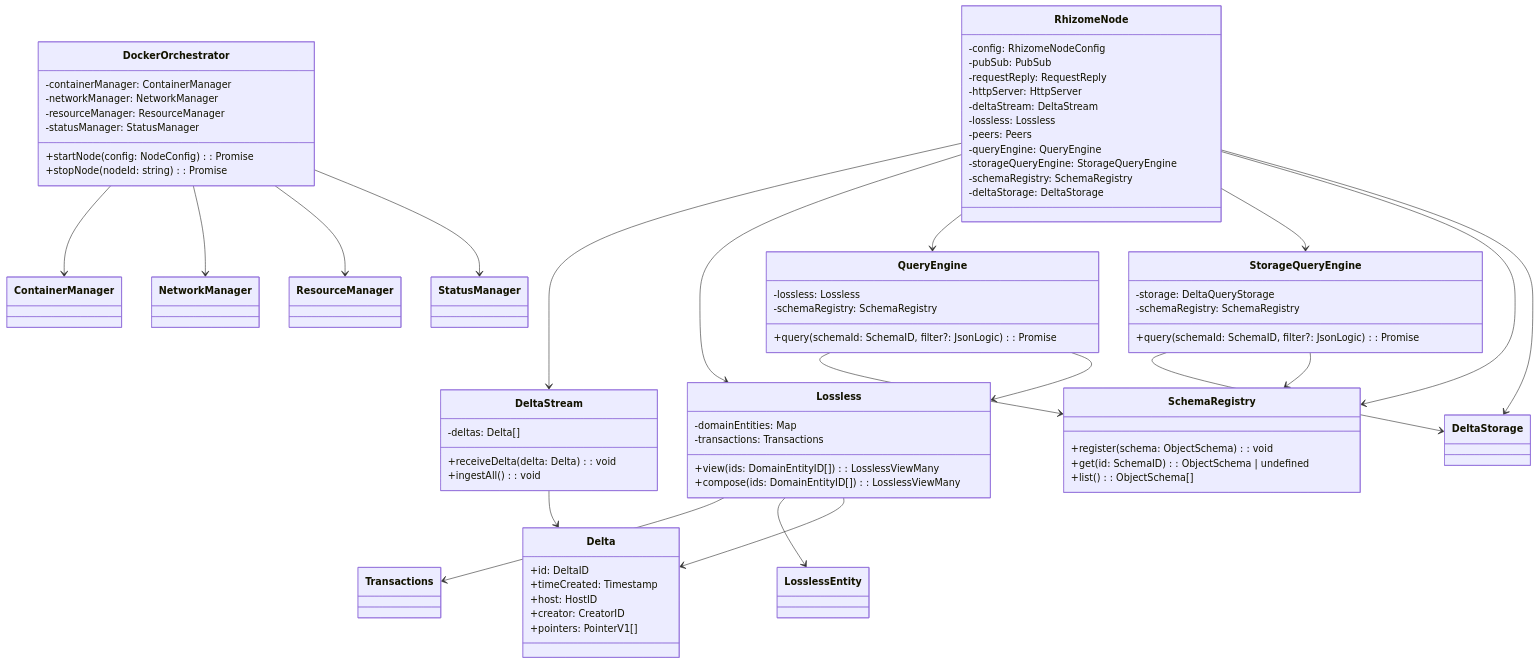
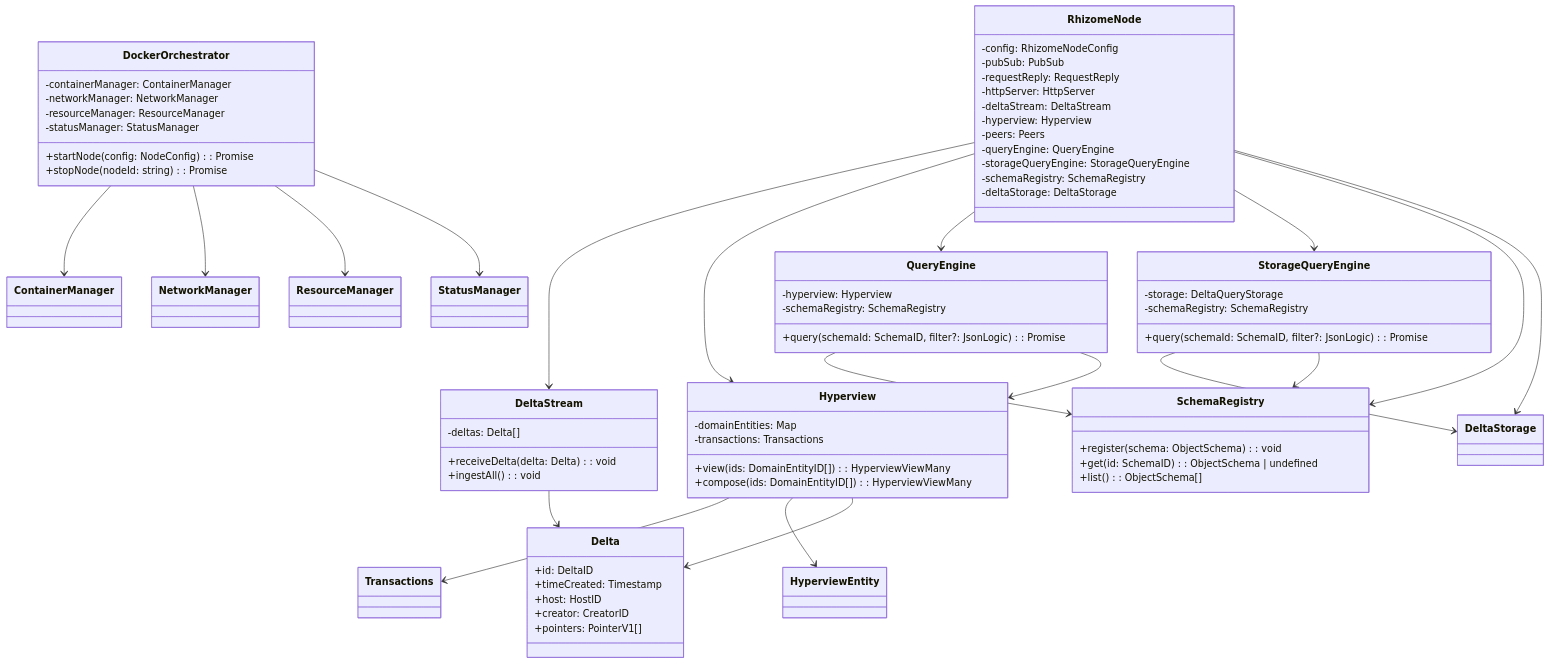
The diagram in docs/classes.md (mbilokonsky/rhizome), drawn with Mermaid before and after one commit. The commit also changed other lines of this file and 67 other files, not shown here.

First line of the commit message:
refactor: rename Lossless to Hyperview and Lossy to View

```diff
--- a/docs/classes.md
+++ b/docs/classes.md
@@ -11,7 +11,7 @@
         -requestReply: RequestReply
         -httpServer: HttpServer
         -deltaStream: DeltaStream
-        -lossless: Lossless
+        -hyperview: Hyperview
         -peers: Peers
         -queryEngine: QueryEngine
         -storageQueryEngine: StorageQueryEngine
@@ -27,15 +27,15 @@
         +pointers: PointerV1[]
     }
     
-    class Lossless {
-        -domainEntities: Map<DomainEntityID, LosslessEntity>
+    class Hyperview {
+        -domainEntities: Map<DomainEntityID, HyperviewEntity>
         -transactions: Transactions
-        +view(ids: DomainEntityID[]): LosslessViewMany
-        +compose(ids: DomainEntityID[]): LosslessViewMany
+        +view(ids: DomainEntityID[]): HyperviewViewMany
+        +compose(ids: DomainEntityID[]): HyperviewViewMany
     }
     
     class QueryEngine {
-        -lossless: Lossless
+        -hyperview: Hyperview
         -schemaRegistry: SchemaRegistry
         +query(schemaId: SchemaID, filter?: JsonLogic): Promise<SchemaAppliedViewWithNesting[]>
     }
@@ -69,23 +69,23 @@
     
     %% Relationships
     RhizomeNode --> DeltaStream
-    RhizomeNode --> Lossless
+    RhizomeNode --> Hyperview
     RhizomeNode --> QueryEngine
     RhizomeNode --> StorageQueryEngine
     RhizomeNode --> SchemaRegistry
     RhizomeNode --> DeltaStorage
     
-    Lossless --> Transactions
-    Lossless --> LosslessEntity
+    Hyperview --> Transactions
+    Hyperview --> HyperviewEntity
     
     QueryEngine --> SchemaRegistry
-    QueryEngine --> Lossless
+    QueryEngine --> Hyperview
     
     StorageQueryEngine --> DeltaStorage
     StorageQueryEngine --> SchemaRegistry
     
     DeltaStream --> Delta
-    Lossless --> Delta
+    Hyperview --> Delta
     
     DockerOrchestrator --> ContainerManager
     DockerOrchestrator --> NetworkManager
```
